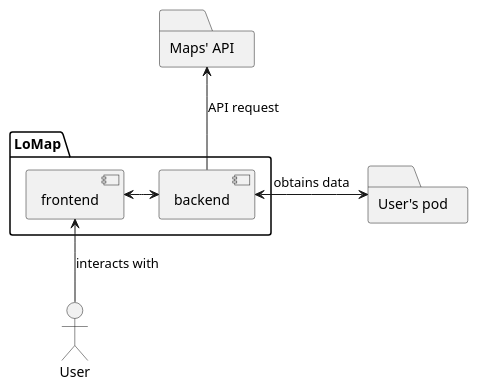
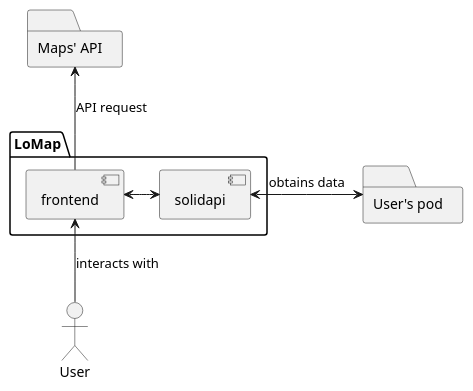
The second of 2 diagrams in docs/05_building_block_view.adoc (Arquisoft/lomap_es4a), drawn with PlantUML before and after one commit. The commit also changed other lines of this file, not shown here.

```diff
--- a/docs/05_building_block_view.adoc
+++ b/docs/05_building_block_view.adoc
@@ -35,16 +35,16 @@
 [plantuml, "level2", png]
 ----
 actor User
 folder api as "Maps' API"
 folder pod as "User's pod"
 package LoMap {
     component frontend
-    component backend
+    component solidapi
     
-    frontend <-> backend
+    frontend <-> solidapi
 }
 
-backend -up-> api: API request
+frontend -up-> api: API request
 User -up-> frontend: interacts with
-backend<-right-> pod: obtains data
+solidapi<-right-> pod: obtains data
 ----
```
